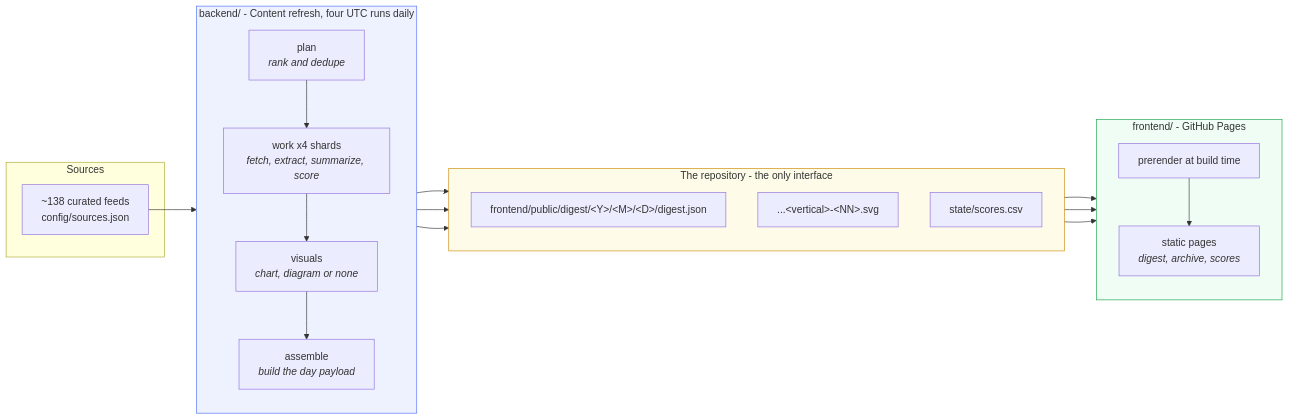
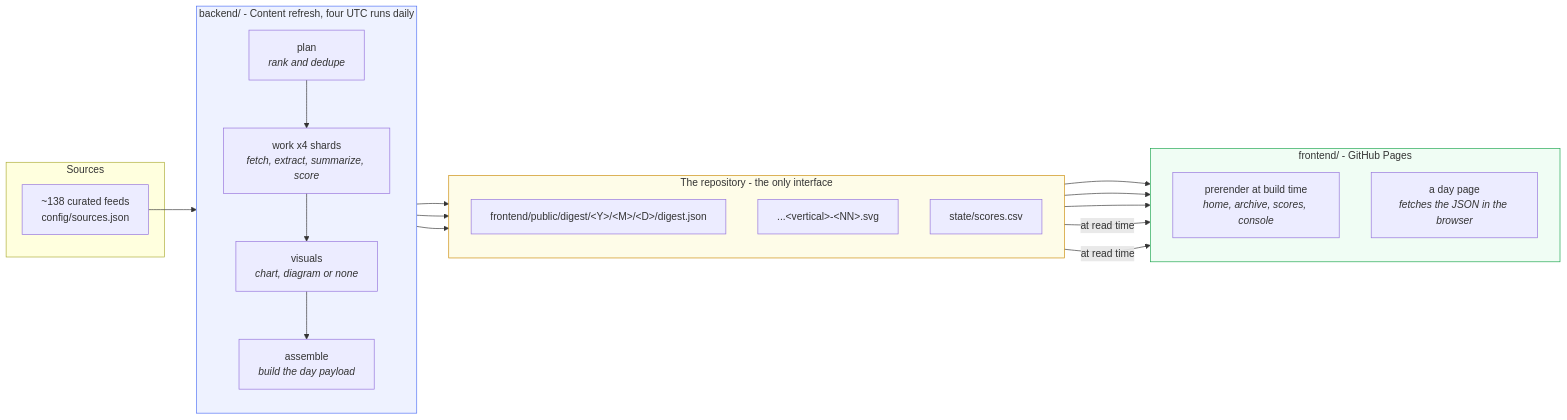
The first of 3 diagrams in docs/architecture/overview.md (miztiik/yen-idhazh), drawn with Mermaid before and after one commit. The commit also changed other lines of this file and 3 other files, not shown here.

````diff
--- a/docs/architecture/overview.md
+++ b/docs/architecture/overview.md
@@ -12,37 +12,37 @@
 ```mermaid
 flowchart LR
  subgraph src["Sources"]
  F1["~138 curated feeds<br/>config/sources.json"]
  end
 
  subgraph ci["backend/ - Content refresh, four UTC runs daily"]
  direction TB
  P["plan<br/><i>rank and dedupe</i>"]
  W["work x4 shards<br/><i>fetch, extract, summarize, score</i>"]
  R["visuals<br/><i>chart, diagram or none</i>"]
  AS["assemble<br/><i>build the day payload</i>"]
  P --> W --> R --> AS
  end
 
  subgraph repo["The repository - the only interface"]
  direction TB
  D1["frontend/public/digest/&lt;Y&gt;/&lt;M&gt;/&lt;D&gt;/digest.json"]
  D2["...&lt;vertical&gt;-&lt;NN&gt;.svg"]
  D3["state/scores.csv"]
  end
 
  subgraph fe["frontend/ - GitHub Pages"]
  direction TB
- B["prerender at build time"]
- S["static pages<br/><i>digest, archive, scores</i>"]
- B --> S
+ B["prerender at build time<br/><i>home, archive, scores, console</i>"]
+ S["a day page<br/><i>fetches the JSON in the browser</i>"]
  end
 
  F1 --> P
  AS --> D1 & D2 & D3
  D1 & D2 & D3 --> B
+ D1 & D2 -->|"at read time"| S
 
  style ci fill:#eef2ff,stroke:#4c6ef5
  style fe fill:#f0fdf4,stroke:#16a34a
  style repo fill:#fefce8,stroke:#ca8a04
 ```
````
